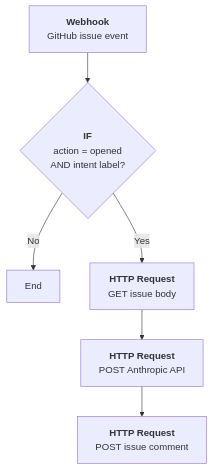
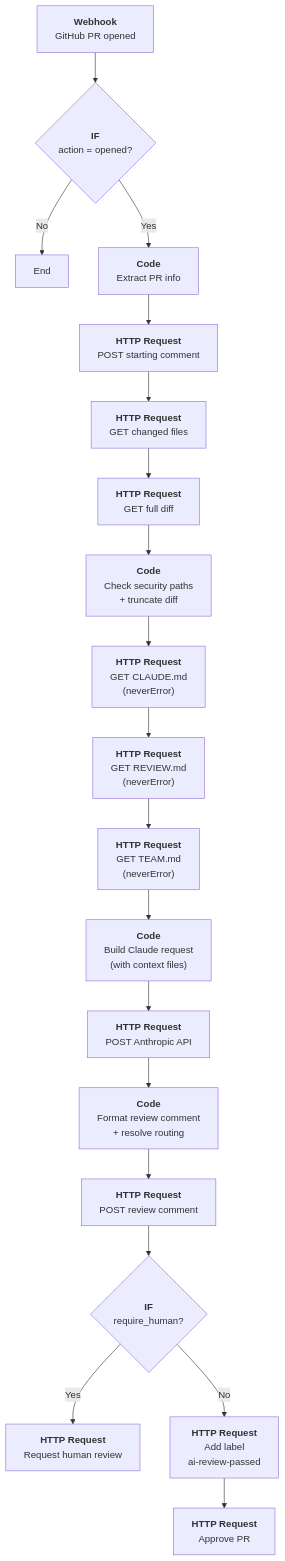
The second of 5 diagrams in docs/n8n-setup.md (DevLLMOps/devllmops), drawn with Mermaid before and after one commit. The commit also changed other lines of this file and 15 other files, not shown here.

````diff
--- a/docs/n8n-setup.md
+++ b/docs/n8n-setup.md
@@ -46,14 +211,46 @@
 ```mermaid
 flowchart TD
     A["`**Webhook**
-    GitHub issue event`"] --> B{"`**IF**
-    action = opened
-    AND intent label?`"}
+    GitHub PR opened`"] --> B{"`**IF**
+    action = opened?`"}
     B -- No --> Z[End]
-    B -- Yes --> C["`**HTTP Request**
-    GET issue body`"]
+    B -- Yes --> C["`**Code**
+    Extract PR info`"]
     C --> D["`**HTTP Request**
+    POST starting comment`"]
+    D --> E["`**HTTP Request**
+    GET changed files`"]
+    E --> F["`**HTTP Request**
+    GET full diff`"]
+    F --> G["`**Code**
+    Check security paths
+    + truncate diff`"]
+    G --> H["`**HTTP Request**
+    GET CLAUDE.md
+    (neverError)`"]
+    H --> I["`**HTTP Request**
+    GET REVIEW.md
+    (neverError)`"]
+    I --> I2["`**HTTP Request**
+    GET TEAM.md
+    (neverError)`"]
+    I2 --> J["`**Code**
+    Build Claude request
+    (with context files)`"]
+    J --> K["`**HTTP Request**
     POST Anthropic API`"]
-    D --> E["`**HTTP Request**
-    POST issue comment`"]
+    K --> L["`**Code**
+    Format review comment
+    + resolve routing`"]
+    L --> M["`**HTTP Request**
+    POST review comment`"]
+    M --> N{"`**IF**
+    require_human?`"}
+    N -- Yes --> O["`**HTTP Request**
+    Request human review`"]
+    N -- No --> P2["`**HTTP Request**
+    Add label
+    ai-review-passed`"]
+    P2 --> P["`**HTTP Request**
+    Approve PR`"]
 ```
````
